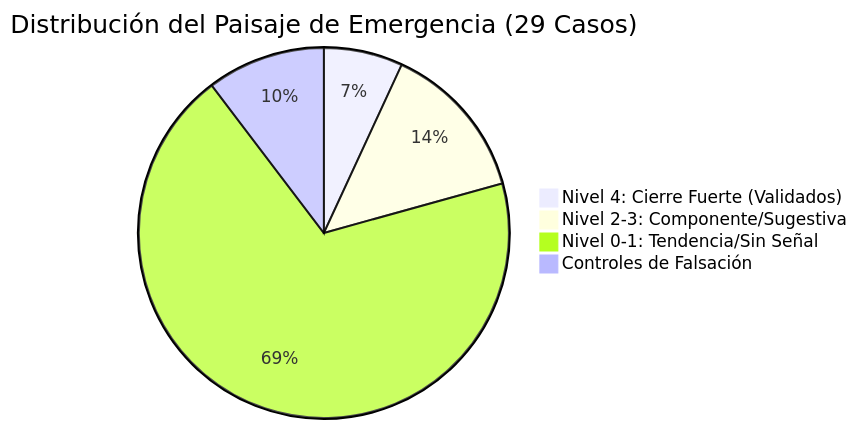
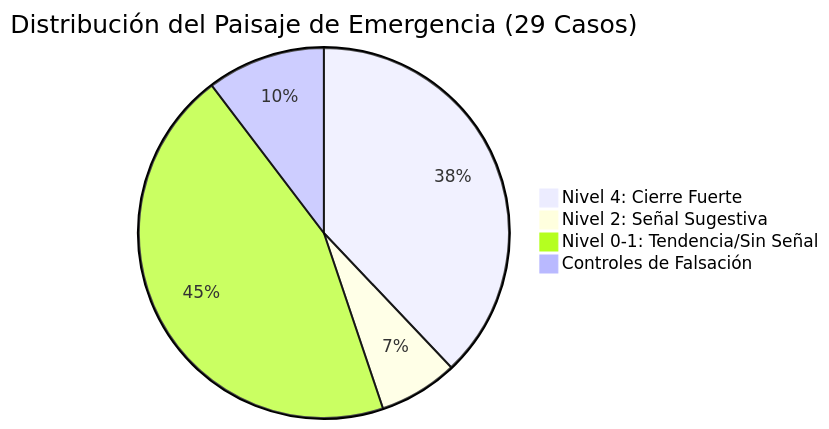
Before and after one commit to stevenvo780/TesisJacobContenidos: the first of 2 diagrams in TesisDesarrollo/03_Validacion_Praxis/03_Validacion_Praxis.md, drawn with Mermaid. The commit also changed other lines of this file and 131 other files, not shown here.

````diff
--- a/TesisDesarrollo/03_Validacion_Praxis/03_Validacion_Praxis.md
+++ b/TesisDesarrollo/03_Validacion_Praxis/03_Validacion_Praxis.md
@@ -58,7 +58,7 @@
 ```mermaid
 pie title Distribución del Paisaje de Emergencia (29 Casos)
-    "Nivel 4: Cierre Fuerte (Validados)" : 2
-    "Nivel 2-3: Componente/Sugestiva" : 4
-    "Nivel 0-1: Tendencia/Sin Señal" : 20
+    "Nivel 4: Cierre Fuerte" : 11
+    "Nivel 2: Señal Sugestiva" : 2
+    "Nivel 0-1: Tendencia/Sin Señal" : 13
     "Controles de Falsación" : 3
 ```
````
